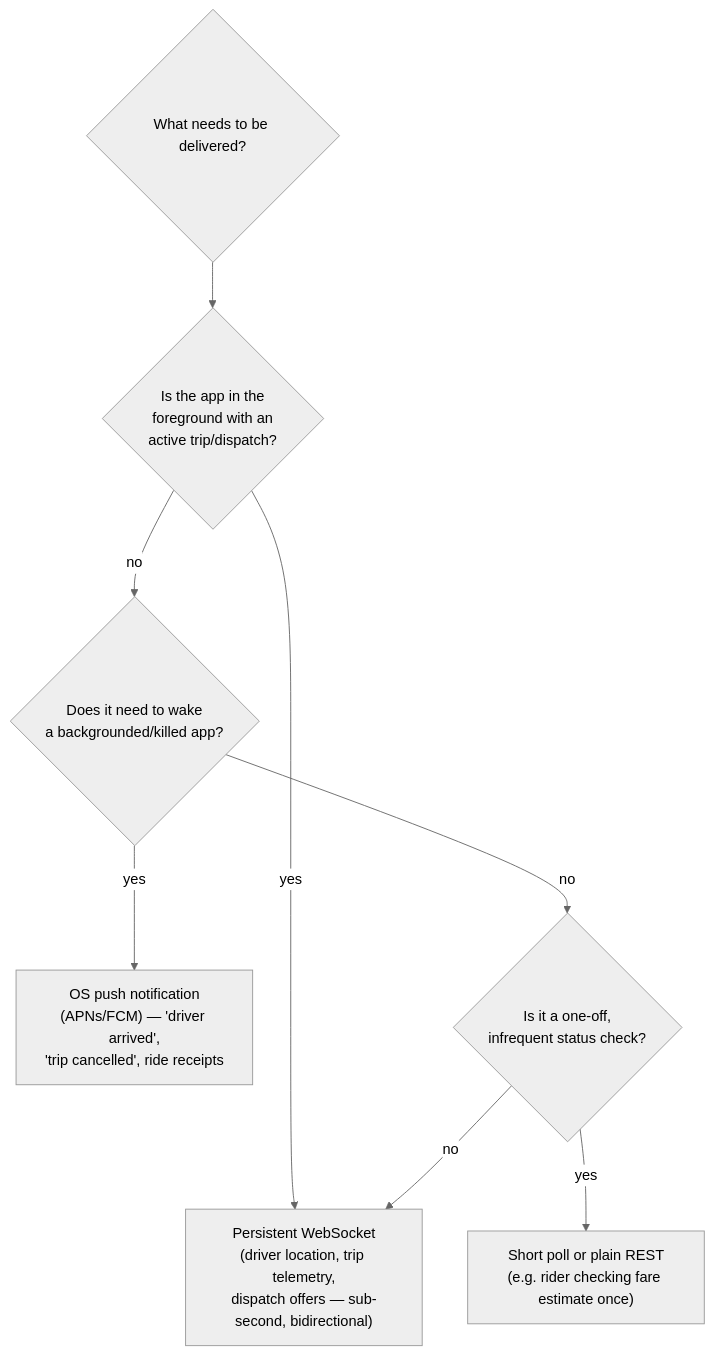
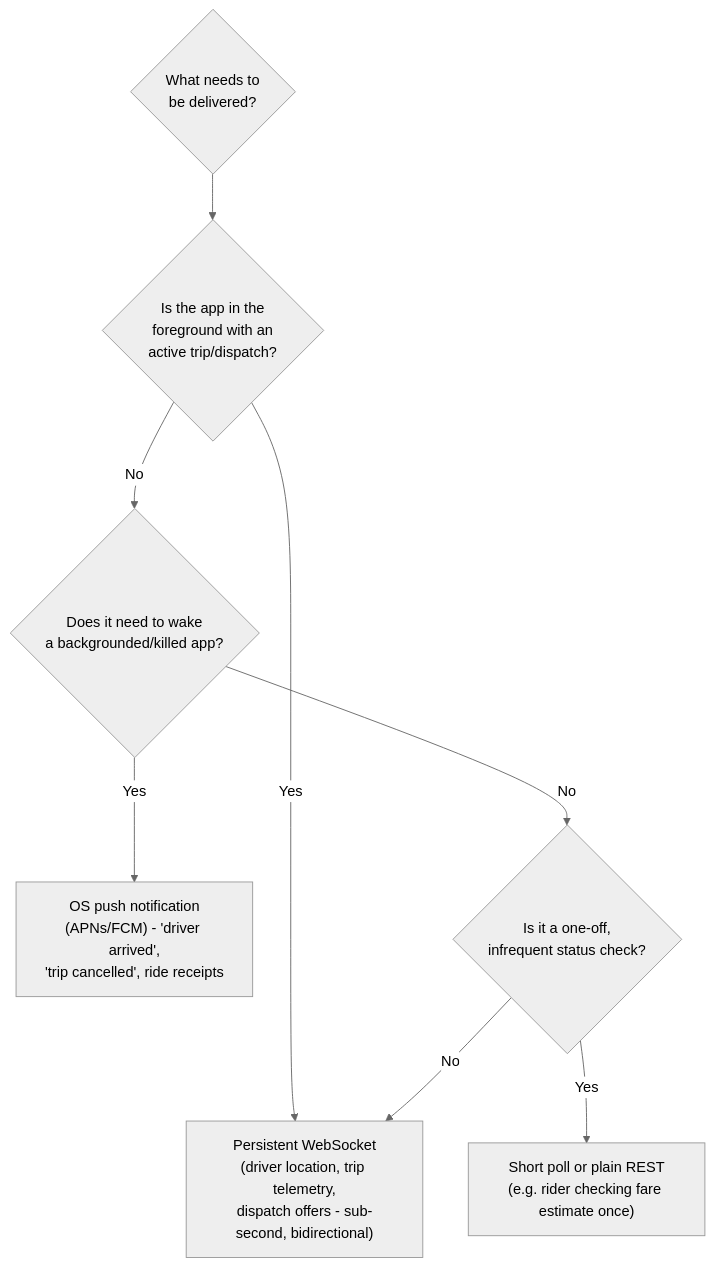
One commit to riyaz-pasha/Learnings changed diagram 11 of 25 in system-design/HLD/0-course/30-Design Uber-FAANG-Guide.md. Above: the diagram before and after it, drawn with Mermaid (neutral theme). The commit also changed other lines of this file and 1 other file, not shown here.

First line of the commit message:
[REWRITE] Design Uber guides: simplify prose, add structure, fix dark-theme diagrams

````diff
--- a/system-design/HLD/0-course/30-Design Uber-FAANG-Guide.md
+++ b/system-design/HLD/0-course/30-Design Uber-FAANG-Guide.md
@@ -587,10 +641,10 @@
 ```mermaid
 flowchart TD
-    A{"What needs to be delivered?"} --> B{"Is the app in the<br/>foreground with an<br/>active trip/dispatch?"}
-    B -- yes --> C["Persistent WebSocket<br/>(driver location, trip telemetry,<br/>dispatch offers — sub-second, bidirectional)"]
-    B -- no --> D{"Does it need to wake<br/>a backgrounded/killed app?"}
-    D -- yes --> E["OS push notification<br/>(APNs/FCM) — 'driver arrived',<br/>'trip cancelled', ride receipts"]
-    D -- no --> F{"Is it a one-off,<br/>infrequent status check?"}
-    F -- yes --> G["Short poll or plain REST<br/>(e.g. rider checking fare estimate once)"]
-    F -- no --> C
+    A{"What needs to<br/>be delivered?"} --> B{"Is the app in the<br/>foreground with an<br/>active trip/dispatch?"}
+    B -- Yes --> C["Persistent WebSocket<br/>(driver location, trip telemetry,<br/>dispatch offers - sub-second, bidirectional)"]
+    B -- No --> D{"Does it need to wake<br/>a backgrounded/killed app?"}
+    D -- Yes --> E["OS push notification<br/>(APNs/FCM) - 'driver arrived',<br/>'trip cancelled', ride receipts"]
+    D -- No --> F{"Is it a one-off,<br/>infrequent status check?"}
+    F -- Yes --> G["Short poll or plain REST<br/>(e.g. rider checking fare estimate once)"]
+    F -- No --> C
 ```
````
